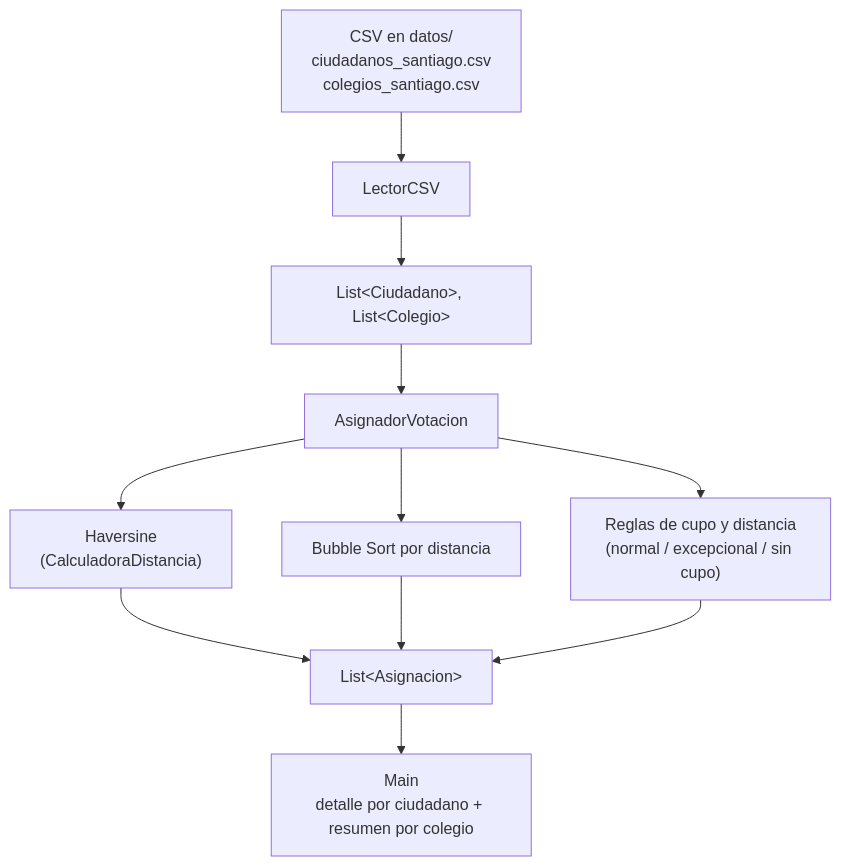
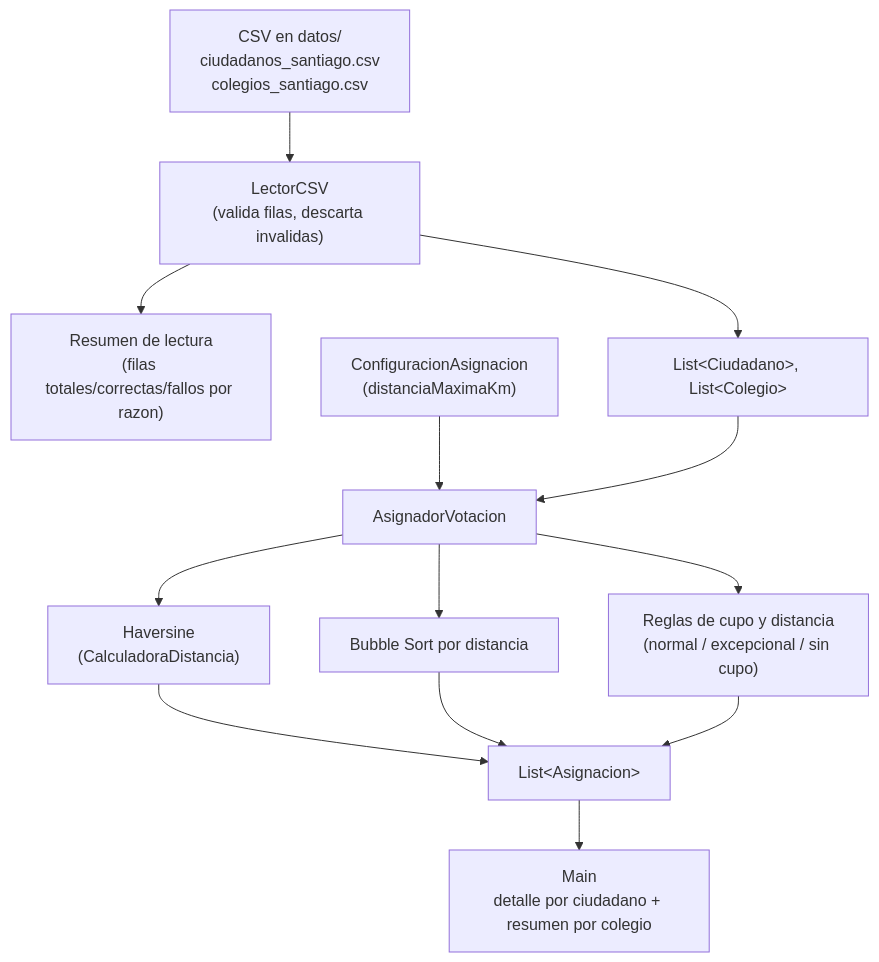
One commit to smdonsos/ICIL012-11_solemne_2_grupal changed the diagram in README.md. Above: the diagram before and after it, drawn with Mermaid. The commit also changed other lines of this file, not shown here.

````diff
--- a/README.md
+++ b/README.md
@@ -44,13 +45,15 @@
 ```mermaid
 flowchart TD
-    A["CSV en datos/<br/>ciudadanos_santiago.csv<br/>colegios_santiago.csv"] --> B["LectorCSV"]
+    A["CSV en datos/<br/>ciudadanos_santiago.csv<br/>colegios_santiago.csv"] --> B["LectorCSV<br/>(valida filas, descarta invalidas)"]
+    B --> B2["Resumen de lectura<br/>(filas totales/correctas/fallos por razon)"]
     B --> C["List&lt;Ciudadano&gt;, List&lt;Colegio&gt;"]
+    Z["ConfiguracionAsignacion<br/>(distanciaMaximaKm)"] --> D
     C --> D["AsignadorVotacion"]
     D --> E["Haversine<br/>(CalculadoraDistancia)"]
     D --> F["Bubble Sort por distancia"]
     D --> G["Reglas de cupo y distancia<br/>(normal / excepcional / sin cupo)"]
     E --> H
     F --> H
     G --> H["List&lt;Asignacion&gt;"]
     H --> I["Main<br/>detalle por ciudadano + resumen por colegio"]
 ```
````
